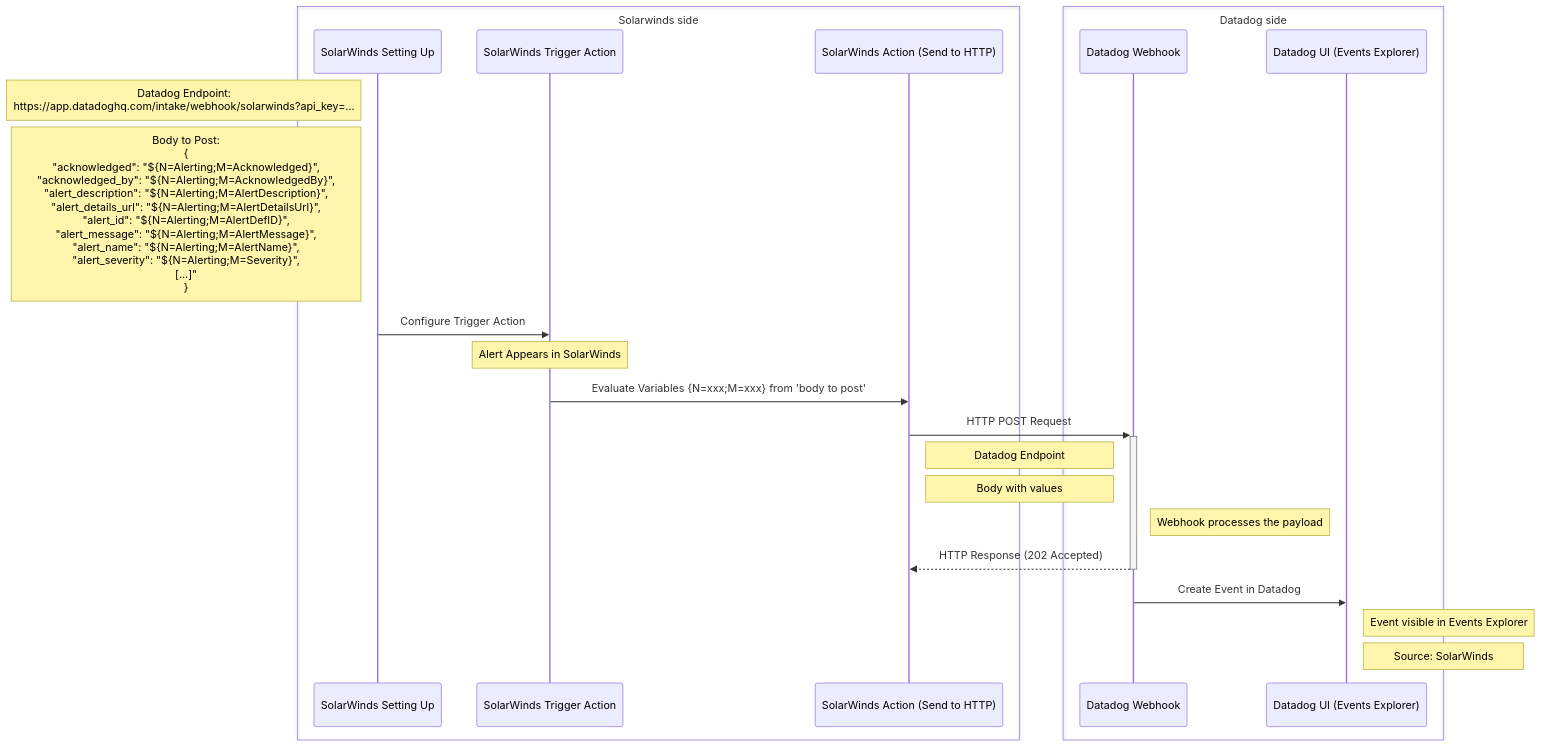
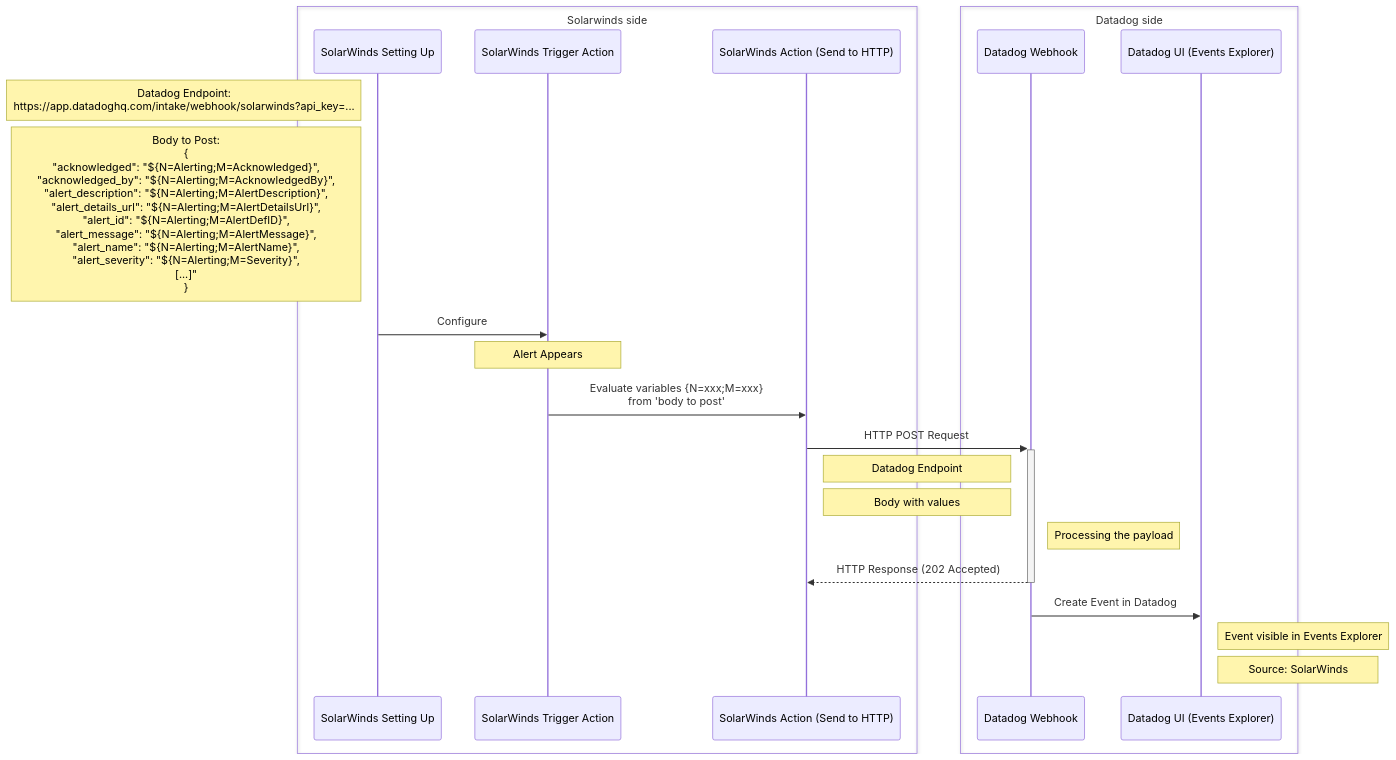
The diagram in README.md (ddalexvea/datadog-solarwinds-events), drawn with Mermaid before and after one commit.

````diff
--- a/README.md
+++ b/README.md
@@ -5,25 +5,25 @@
 ```mermaid
 sequenceDiagram
     box Solarwinds side
     participant Setup as SolarWinds Setting Up
     participant TriggerAction as SolarWinds Trigger Action
     participant SendHTTP as SolarWinds Action (Send to HTTP)
     end
     box Datadog side
     participant DatadogWebhook as Datadog Webhook
     participant DatadogUI as Datadog UI (Events Explorer)
     end
     Note left of Setup: Datadog Endpoint:<br/> https://app.datadoghq.com/intake/webhook/solarwinds?api_key=...
     Note left of Setup: Body to Post:<br/>{<br/>                                                                                                             "acknowledged": "${N=Alerting#59;M=Acknowledged}",<br>   "acknowledged_by": "${N=Alerting#59;M=AcknowledgedBy}",<br>   "alert_description": "${N=Alerting#59;M=AlertDescription}",<br>   "alert_details_url": "${N=Alerting#59;M=AlertDetailsUrl}",<br>   "alert_id": "${N=Alerting#59;M=AlertDefID}",<br>   "alert_message": "${N=Alerting#59;M=AlertMessage}",<br>   "alert_name": "${N=Alerting#59;M=AlertName}",<br>   "alert_severity": "${N=Alerting#59;M=Severity}",<br> [...]"<br>}
-    Setup->>TriggerAction: Configure Trigger Action
-    Note over TriggerAction: Alert Appears in SolarWinds
-    TriggerAction->>SendHTTP: Evaluate Variables {N=xxx#59;M=xxx} from 'body to post'
+    Setup->>TriggerAction: Configure
+    Note over TriggerAction: Alert Appears
+    TriggerAction->>SendHTTP: Evaluate variables {N=xxx#59;M=xxx}<br/> from 'body to post'
     SendHTTP->>+DatadogWebhook: HTTP POST Request
     Note right of SendHTTP: Datadog Endpoint
     Note right of SendHTTP: Body with values
-    Note right of DatadogWebhook: Webhook processes the payload
+    Note right of DatadogWebhook: Processing the payload
     DatadogWebhook-->>-SendHTTP: HTTP Response (202 Accepted)
     DatadogWebhook->>DatadogUI: Create Event in Datadog
     Note right of DatadogUI: Event visible in Events Explorer
     Note right of DatadogUI: Source: SolarWinds
 ```
````
